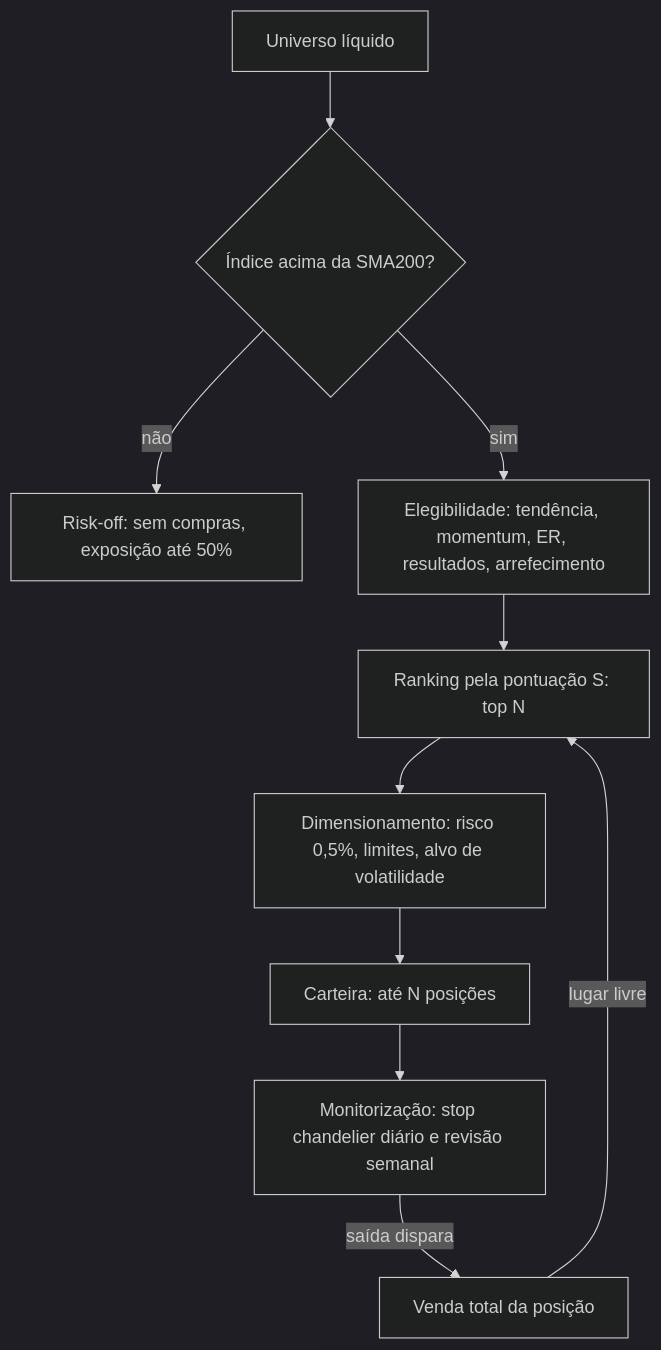
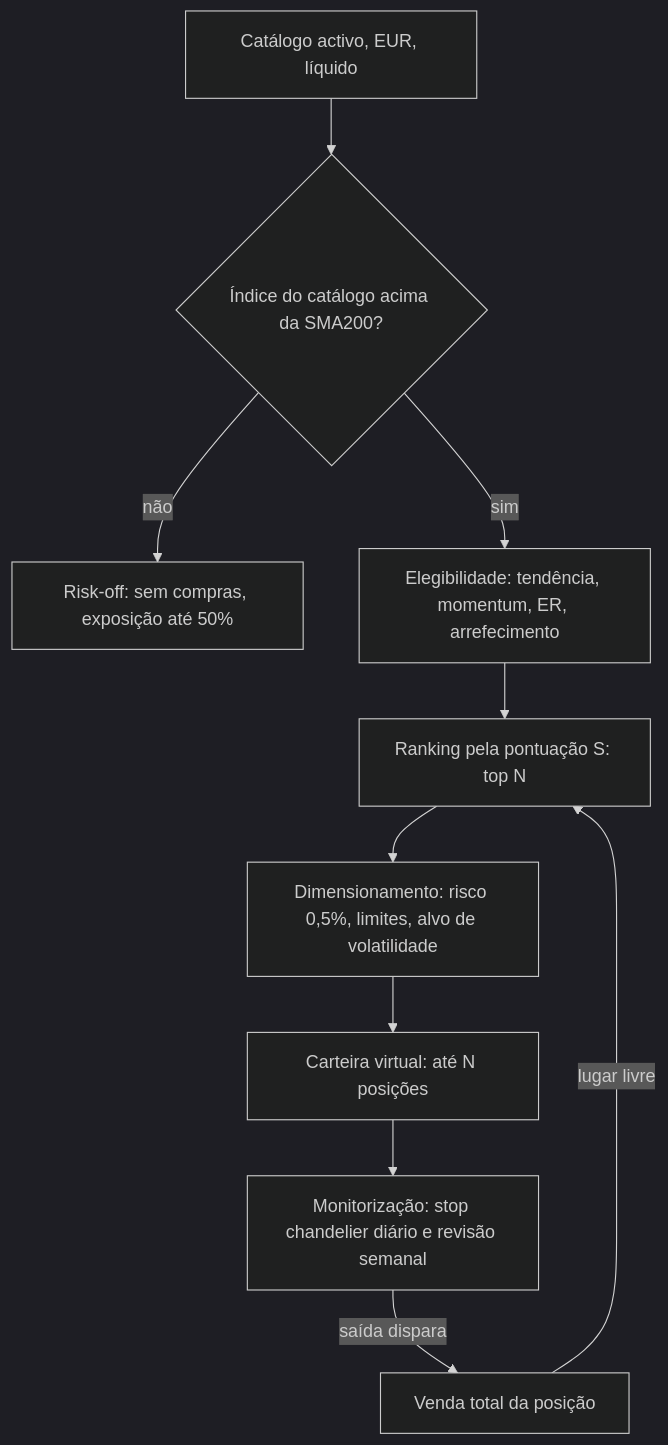
Before and after one commit to msant1972/stocks: the diagram in docs/arquitectura/B-Opus.md, drawn with Mermaid (dark theme). The commit also changed other lines of this file and 1 other file, not shown here.

````diff
--- a/docs/arquitectura/B-Opus.md
+++ b/docs/arquitectura/B-Opus.md
@@ -41,12 +45,12 @@
 ```mermaid
 flowchart TD
-    U[Universo líquido] --> R{Índice acima da SMA200?}
+    U[Catálogo activo, EUR, líquido] --> R{Índice do catálogo acima da SMA200?}
     R -- não --> RO[Risk-off: sem compras, exposição até 50%]
-    R -- sim --> E[Elegibilidade: tendência, momentum, ER, resultados, arrefecimento]
+    R -- sim --> E[Elegibilidade: tendência, momentum, ER, arrefecimento]
     E --> K[Ranking pela pontuação S: top N]
     K --> D[Dimensionamento: risco 0,5%, limites, alvo de volatilidade]
-    D --> C[Carteira: até N posições]
+    D --> C[Carteira virtual: até N posições]
     C --> M[Monitorização: stop chandelier diário e revisão semanal]
     M -- saída dispara --> V[Venda total da posição]
     V -- lugar livre --> K
 ```
````
